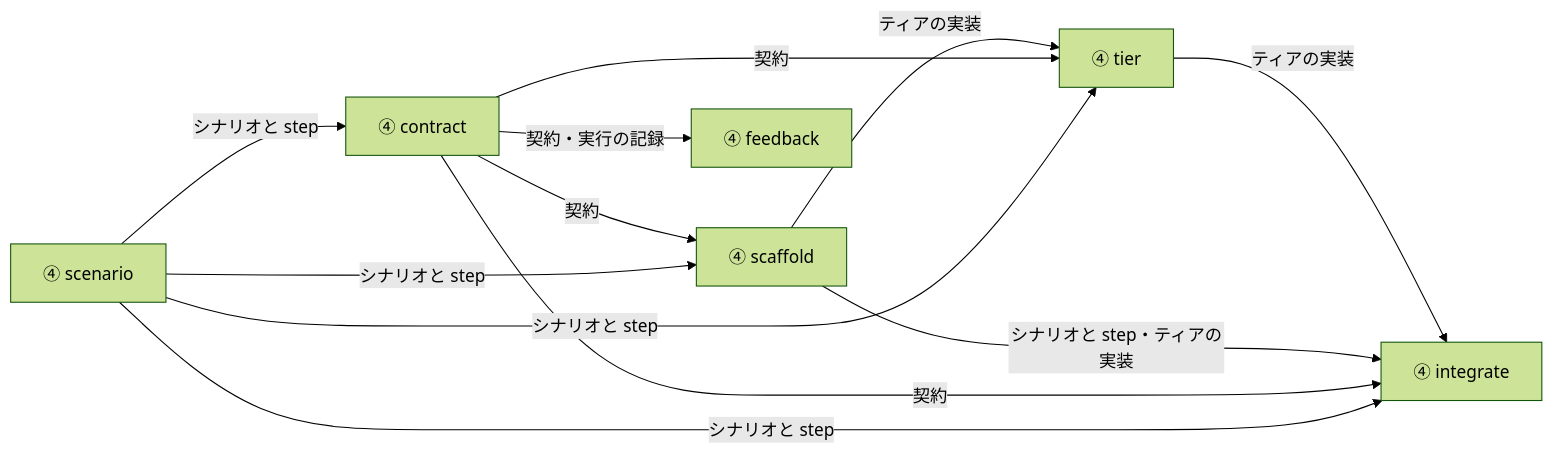
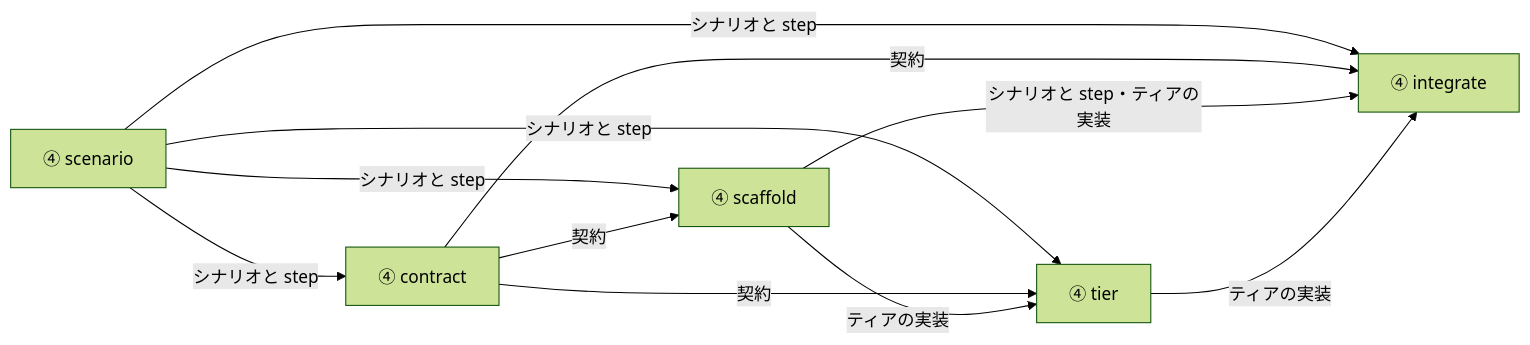
One commit to suwa-sh/suwa-sh-claude-plugins changed the second of 45 diagrams in plugins/distillery2/skills/d2-common/references/dataflow.md. Above: the diagram before and after it, drawn with Mermaid (forest theme). The commit also changed other lines of this file and 22 other files, not shown here.

````diff
--- a/plugins/distillery2/skills/d2-common/references/dataflow.md
+++ b/plugins/distillery2/skills/d2-common/references/dataflow.md
@@ -55,20 +68,18 @@
 ```mermaid
 flowchart LR
   st_scenario["④ scenario"]
   st_contract["④ contract"]
   st_scaffold["④ scaffold"]
   st_tier["④ tier"]
   st_integrate["④ integrate"]
-  st_feedback["④ feedback"]
   st_scenario -->|"シナリオと step"| st_contract
   st_scenario -->|"シナリオと step"| st_scaffold
   st_scenario -->|"シナリオと step"| st_tier
   st_scenario -->|"シナリオと step"| st_integrate
   st_contract -->|"契約"| st_scaffold
   st_contract -->|"契約"| st_tier
   st_contract -->|"契約"| st_integrate
-  st_contract -->|"契約・実行の記録"| st_feedback
   st_scaffold -->|"ティアの実装"| st_tier
   st_scaffold -->|"シナリオと step・ティアの実装"| st_integrate
   st_tier -->|"ティアの実装"| st_integrate
 ```
````
